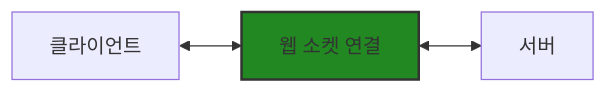
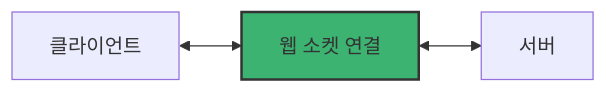
One commit to KalGookSoo/web-socket-basic changed the first of 3 diagrams in chapters/01-1_what_is_websocket.md. Above: the diagram before and after it, drawn with Mermaid.

Commit message:
docs: 웹 소켓 연결 그래프 스타일 색상 수정

````diff
--- a/chapters/01-1_what_is_websocket.md
+++ b/chapters/01-1_what_is_websocket.md
@@ -19,5 +19,5 @@
 ```mermaid
 graph LR
     A[클라이언트] <--> B[웹 소켓 연결] <--> C[서버]
-    style B fill:#282,stroke:#333,stroke-width:2px
+    style B fill:#3cb371,stroke:#333,stroke-width:2px
 ```
````
